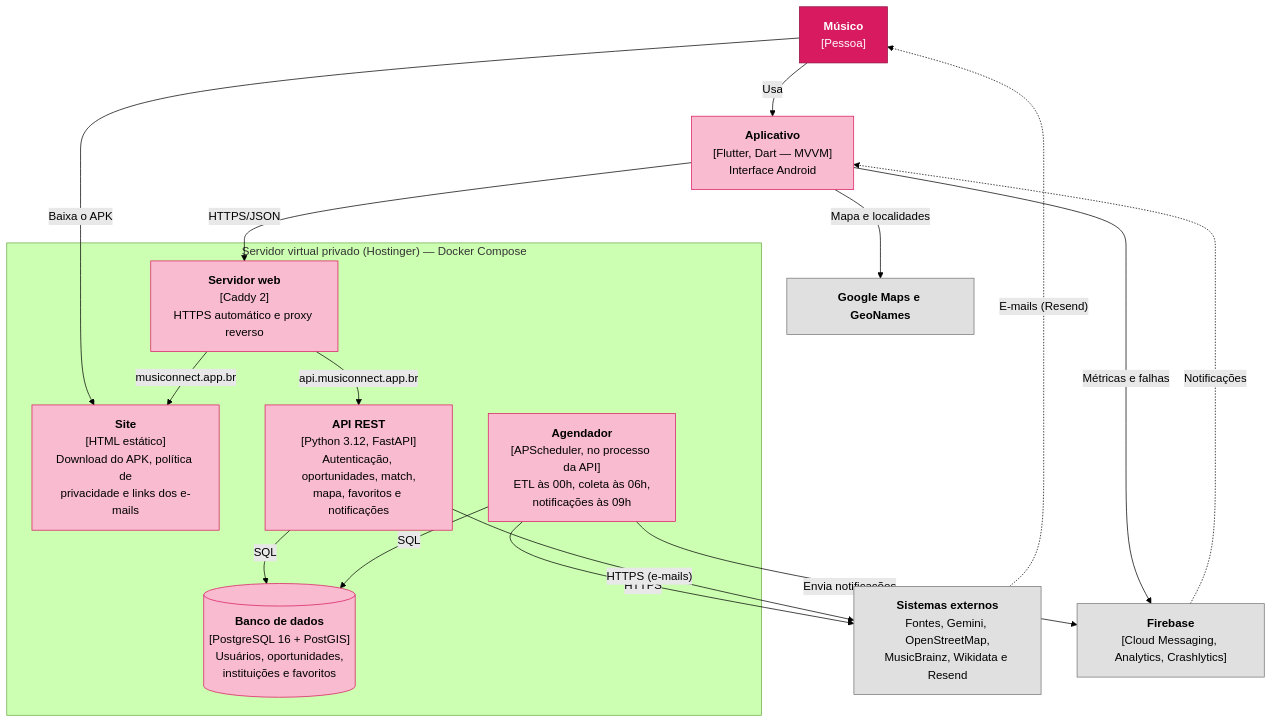
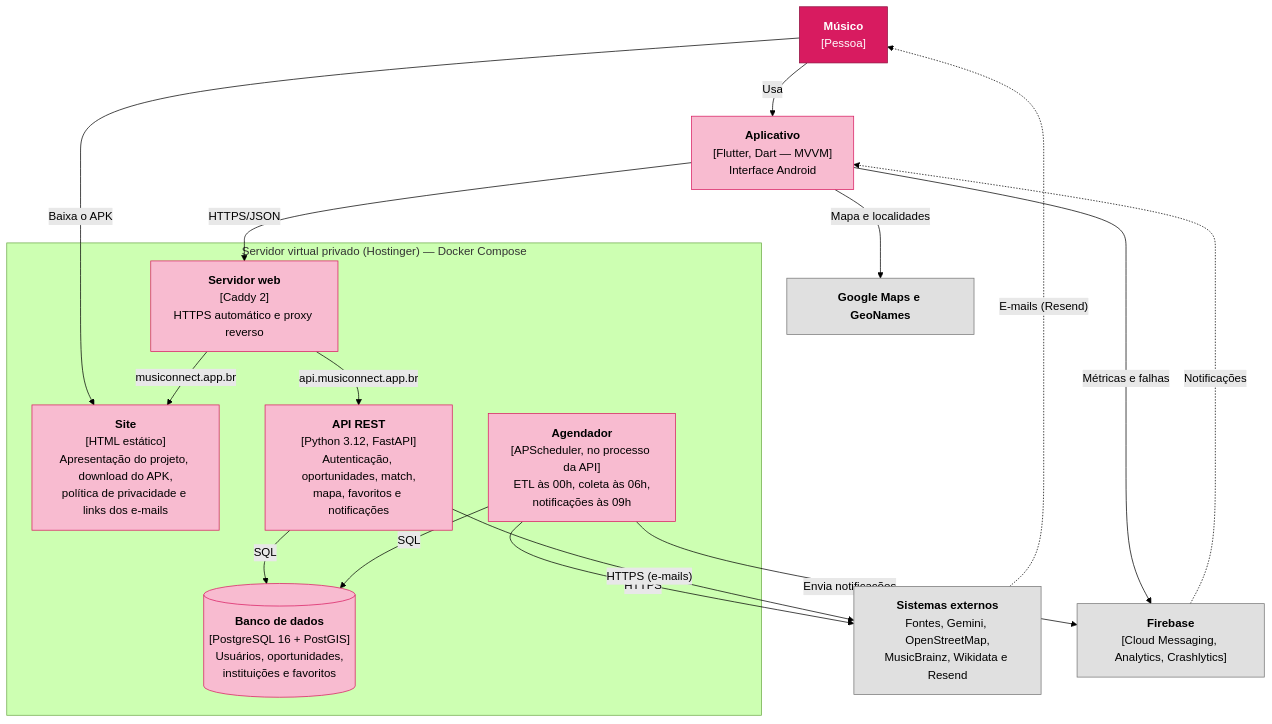
One commit to DevLuchez/prototipo-musiconnect changed the second of 5 diagrams in README.md. Above: the diagram before and after it, drawn with Mermaid (forest theme). The commit also changed other lines of this file and 13 other files, not shown here.

````diff
--- a/README.md
+++ b/README.md
@@ -583,39 +583,39 @@
 ```mermaid
 flowchart TB
     musico["<b>Músico</b><br/>[Pessoa]"]
 
     subgraph vps["Servidor virtual privado (Hostinger) — Docker Compose"]
         caddy["<b>Servidor web</b><br/>[Caddy 2]<br/>HTTPS automático e proxy reverso"]
-        site["<b>Site</b><br/>[HTML estático]<br/>Download do APK, política de<br/>privacidade e links dos e-mails"]
+        site["<b>Site</b><br/>[HTML estático]<br/>Apresentação do projeto, download do APK,<br/>política de privacidade e links dos e-mails"]
         api["<b>API REST</b><br/>[Python 3.12, FastAPI]<br/>Autenticação, oportunidades, match,<br/>mapa, favoritos e notificações"]
         agendador["<b>Agendador</b><br/>[APScheduler, no processo da API]<br/>ETL às 00h, coleta às 06h,<br/>notificações às 09h"]
         db[("<b>Banco de dados</b><br/>[PostgreSQL 16 + PostGIS]<br/>Usuários, oportunidades,<br/>instituições e favoritos")]
     end
 
     app["<b>Aplicativo</b><br/>[Flutter, Dart — MVVM]<br/>Interface Android"]
     externos["<b>Sistemas externos</b><br/>Fontes, Gemini, OpenStreetMap,<br/>MusicBrainz, Wikidata e Resend"]
     firebase["<b>Firebase</b><br/>[Cloud Messaging, Analytics, Crashlytics]"]
     maps["<b>Google Maps e GeoNames</b>"]
 
     musico -- "Usa" --> app
     musico -- "Baixa o APK" --> site
     app -- "HTTPS/JSON" --> caddy
     caddy -- "api.musiconnect.app.br" --> api
     caddy -- "musiconnect.app.br" --> site
     api -- "SQL" --> db
     agendador -- "SQL" --> db
     agendador -- "HTTPS" --> externos
     api -- "HTTPS (e-mails)" --> externos
     agendador -- "Envia notificações" --> firebase
     firebase -. "Notificações" .-> app
     externos -. "E-mails (Resend)" .-> musico
     app -- "Métricas e falhas" --> firebase
     app -- "Mapa e localidades" --> maps
 
     classDef pessoa fill:#D81B60,stroke:#8E0E3E,color:#fff
     classDef container fill:#F8BBD0,stroke:#D81B60,color:#000
     classDef externo fill:#E0E0E0,stroke:#757575,color:#000
     class musico pessoa
     class caddy,site,api,agendador,db,app container
     class externos,firebase,maps externo
 ```
````
